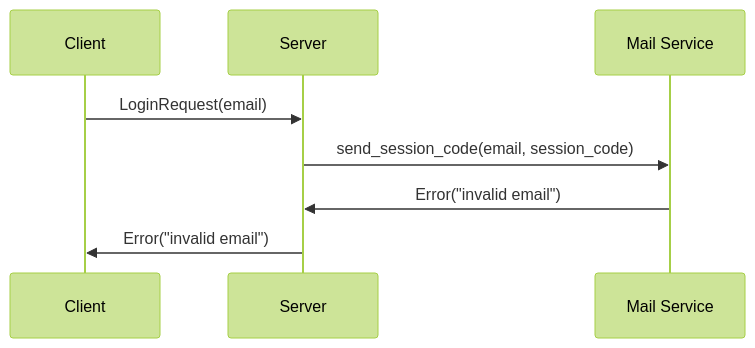
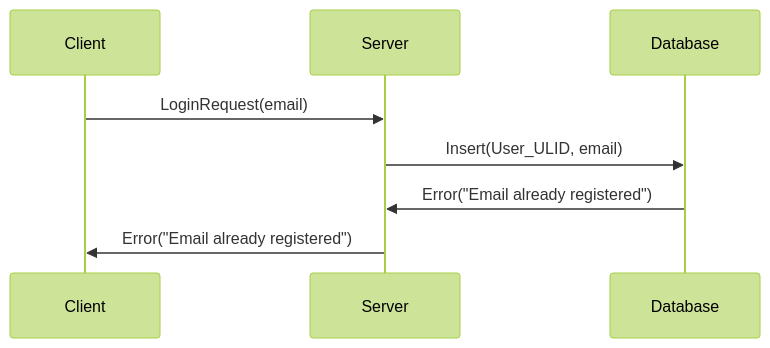
The second of 8 diagrams in kova/authentication/docs.md (adimian/kova), drawn with Mermaid (forest theme) before and after one commit. The commit also changed other lines of this file and 1 other file, not shown here.

````diff
--- a/kova/authentication/docs.md
+++ b/kova/authentication/docs.md
@@ -30,7 +13,7 @@
 ```mermaid
 sequenceDiagram
     Client ->> Server: LoginRequest(email)
-    Server ->> Mail Service: send_session_code(email, session_code)
-    Mail Service ->> Server: Error("invalid email")
-    Server ->> Client : Error("invalid email")
+    Server ->> Database: Insert(User_ULID, email)
+    Database ->> Server: Error("Email already registered")
+    Server ->> Client : Error("Email already registered")
 ```
````
